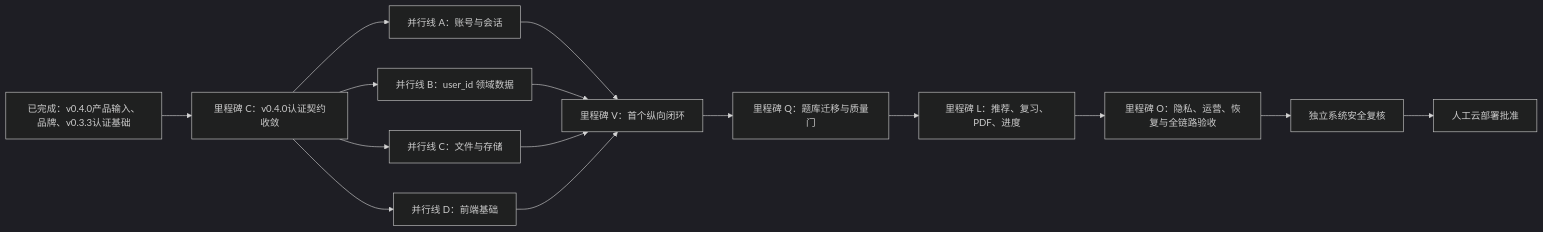
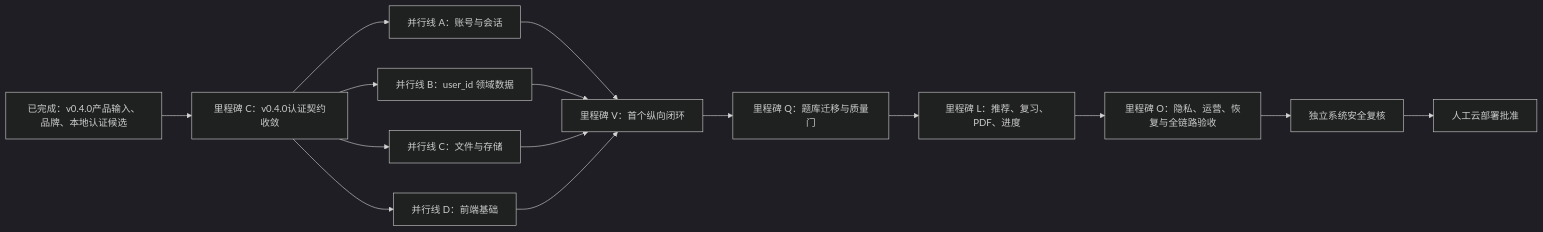
One commit to chjesu/math-error-notebook-web changed the diagram in docs/11-REMAINING-FUNCTION-WBS.md. Above: the diagram before and after it, drawn with Mermaid (dark theme). The commit also changed other lines of this file and 40 other files, not shown here.

````diff
--- a/docs/11-REMAINING-FUNCTION-WBS.md
+++ b/docs/11-REMAINING-FUNCTION-WBS.md
@@ -57,17 +57,17 @@
 ```mermaid
 flowchart LR
-    BASE[已完成：v0.4.0产品输入、品牌、v0.3.3认证基础] --> C[里程碑 C：v0.4.0认证契约收敛]
+    BASE[已完成：v0.4.0产品输入、品牌、本地认证候选] --> C[里程碑 C：v0.4.0认证契约收敛]
     C --> A[并行线 A：账号与会话]
     C --> D[并行线 B：user_id 领域数据]
     C --> F[并行线 C：文件与存储]
     C --> UI[并行线 D：前端基础]
     A --> V[里程碑 V：首个纵向闭环]
     D --> V
     F --> V
     UI --> V
     V --> Q[里程碑 Q：题库迁移与质量门]
     Q --> L[里程碑 L：推荐、复习、PDF、进度]
     L --> O[里程碑 O：隐私、运营、恢复与全链路验收]
     O --> S[独立系统安全复核]
     S --> H[人工云部署批准]
 ```
````
